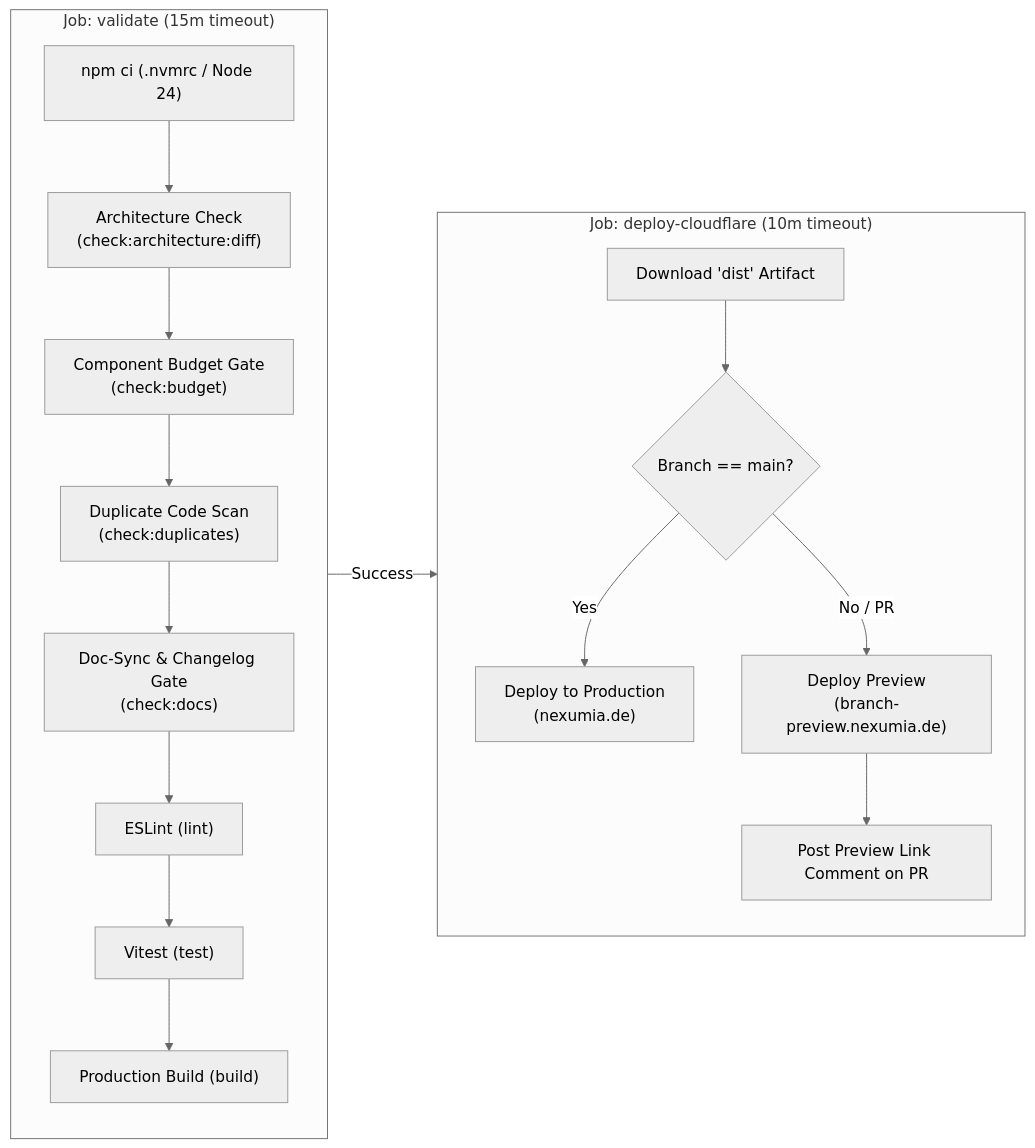
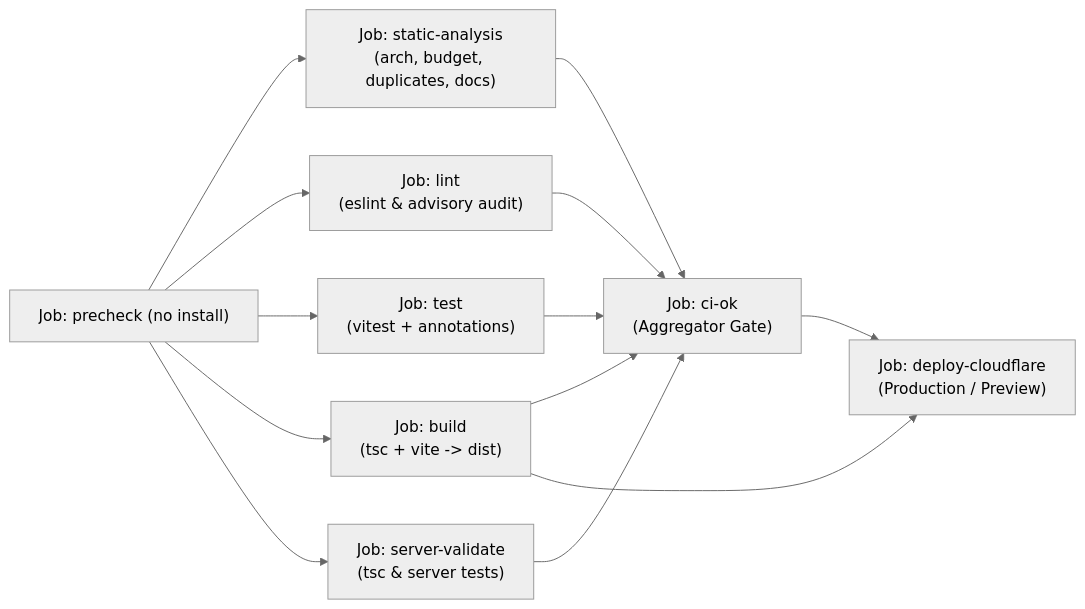
One commit to suitably/LocalGameGalaxy changed the second of 3 diagrams in docs/workflows/ci-cd-pipelines.md. Above: the diagram before and after it, drawn with Mermaid (neutral theme). The commit also changed other lines of this file and 3 other files, not shown here.

Commit message:
feat(ci): parallelize validate job and add ci-ok aggregator check (#297)

````diff
--- a/docs/workflows/ci-cd-pipelines.md
+++ b/docs/workflows/ci-cd-pipelines.md
@@ -67,23 +67,11 @@
 ```mermaid
 flowchart LR
-    subgraph Job1["Job: validate (15m timeout)"]
-        direction TB
-        S1["npm ci (.nvmrc / Node 24)"] --> S2["Architecture Check<br/>(check:architecture:diff)"]
-        S2 --> S3["Component Budget Gate<br/>(check:budget)"]
-        S3 --> S4["Duplicate Code Scan<br/>(check:duplicates)"]
-        S4 --> S5["Doc-Sync & Changelog Gate<br/>(check:docs)"]
-        S5 --> S6["ESLint (lint)"]
-        S6 --> S7["Vitest (test)"]
-        S7 --> S8["Production Build (build)"]
-    end
+    precheck["Job: precheck (no install)"] --> static["Job: static-analysis<br/>(arch, budget, duplicates, docs)"]
+    precheck --> lint["Job: lint<br/>(eslint & advisory audit)"]
+    precheck --> test["Job: test<br/>(vitest + annotations)"]
+    precheck --> build["Job: build<br/>(tsc + vite -> dist)"]
+    precheck --> server["Job: server-validate<br/>(tsc & server tests)"]
 
-    subgraph Job2["Job: deploy-cloudflare (10m timeout)"]
-        direction TB
-        D1["Download 'dist' Artifact"] --> D2{"Branch == main?"}
-        D2 -->|Yes| D3["Deploy to Production<br/>(nexumia.de)"]
-        D2 -->|No / PR| D4["Deploy Preview<br/>(branch-preview.nexumia.de)"]
-        D4 --> D5["Post Preview Link Comment on PR"]
-    end
-
-    Job1 -->|Success| Job2
+    static & lint & test & build & server --> ciok["Job: ci-ok<br/>(Aggregator Gate)"]
+    build & ciok --> deploy["Job: deploy-cloudflare<br/>(Production / Preview)"]
 ```
````
